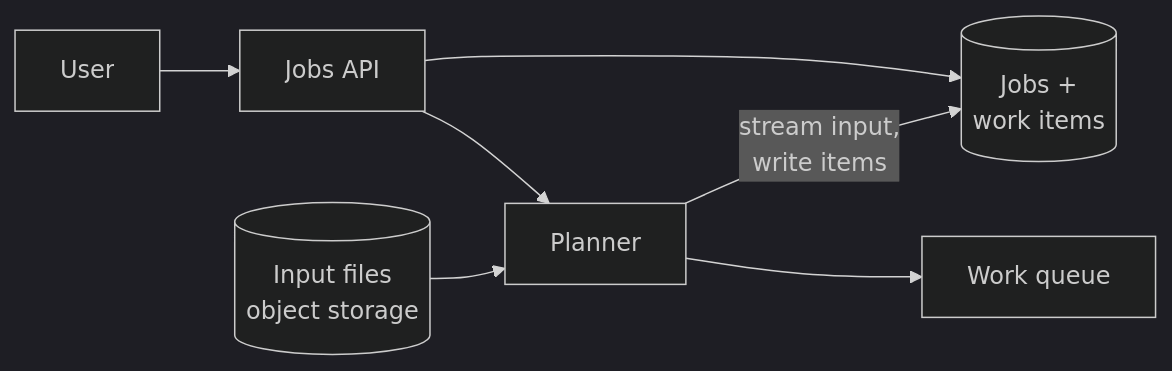
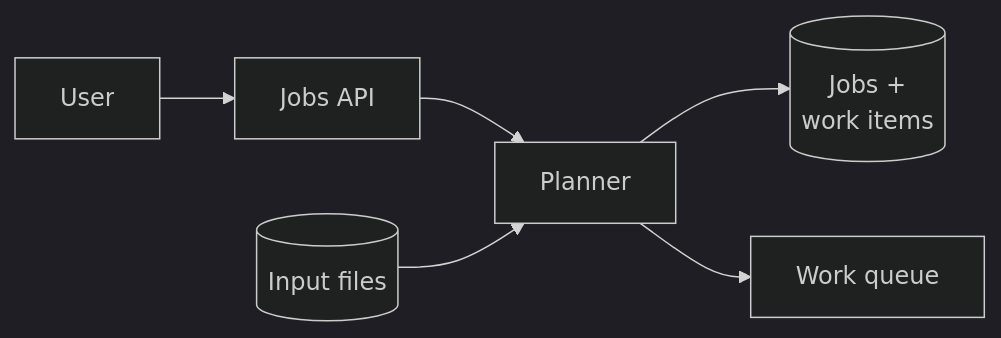
One commit to shubamchaudhary/CodeNITW changed the first of 2 diagrams in src/Data/aiStackDocs/DP-06.md. Above: the diagram before and after it, drawn with Mermaid (dark theme). The commit also changed other lines of this file and 15 other files, not shown here.

````diff
--- a/src/Data/aiStackDocs/DP-06.md
+++ b/src/Data/aiStackDocs/DP-06.md
@@ -69,9 +61,8 @@
 ```mermaid
 flowchart LR
     U["User"] --> API["Jobs API"]
-    API --> DB[("Jobs +<br/>work items")]
     API --> PL["Planner"]
-    PL -->|"stream input,<br/>write items"| DB
+    IN[("Input files")] --> PL
+    PL --> DB[("Jobs +<br/>work items")]
     PL --> Q["Work queue"]
-    IN[("Input files<br/>object storage")] --> PL
 ```
````
